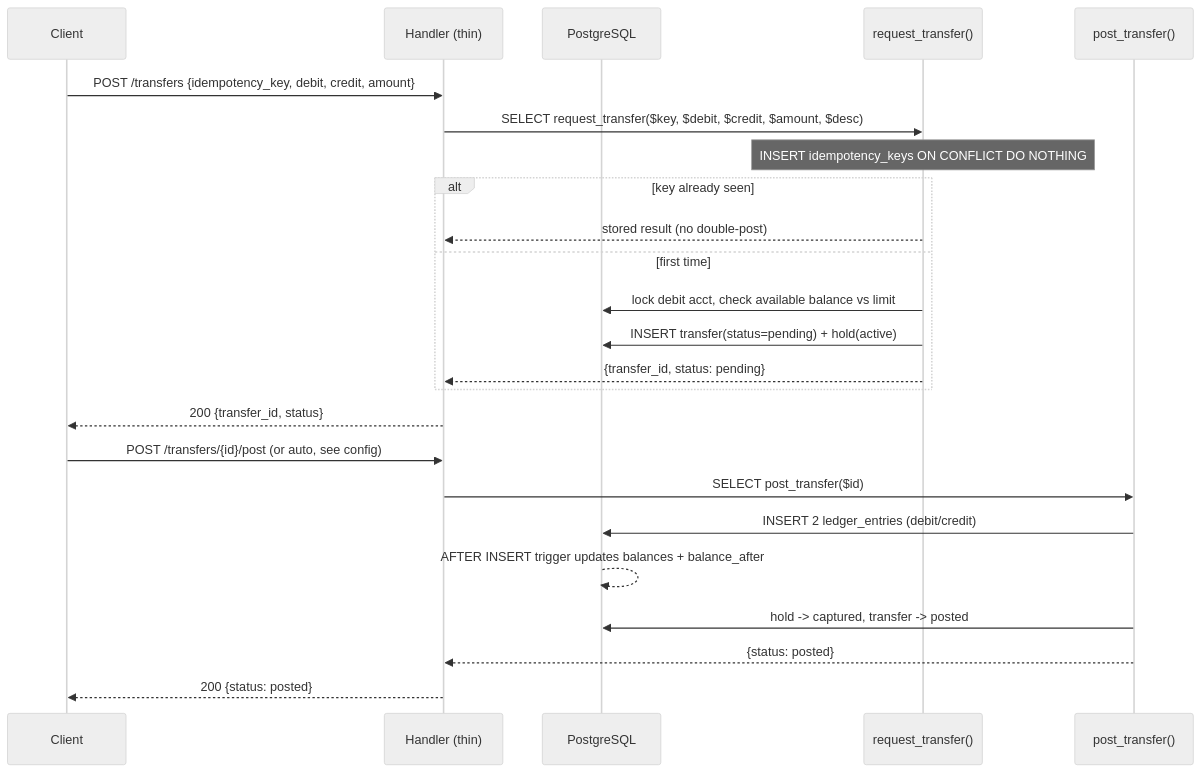
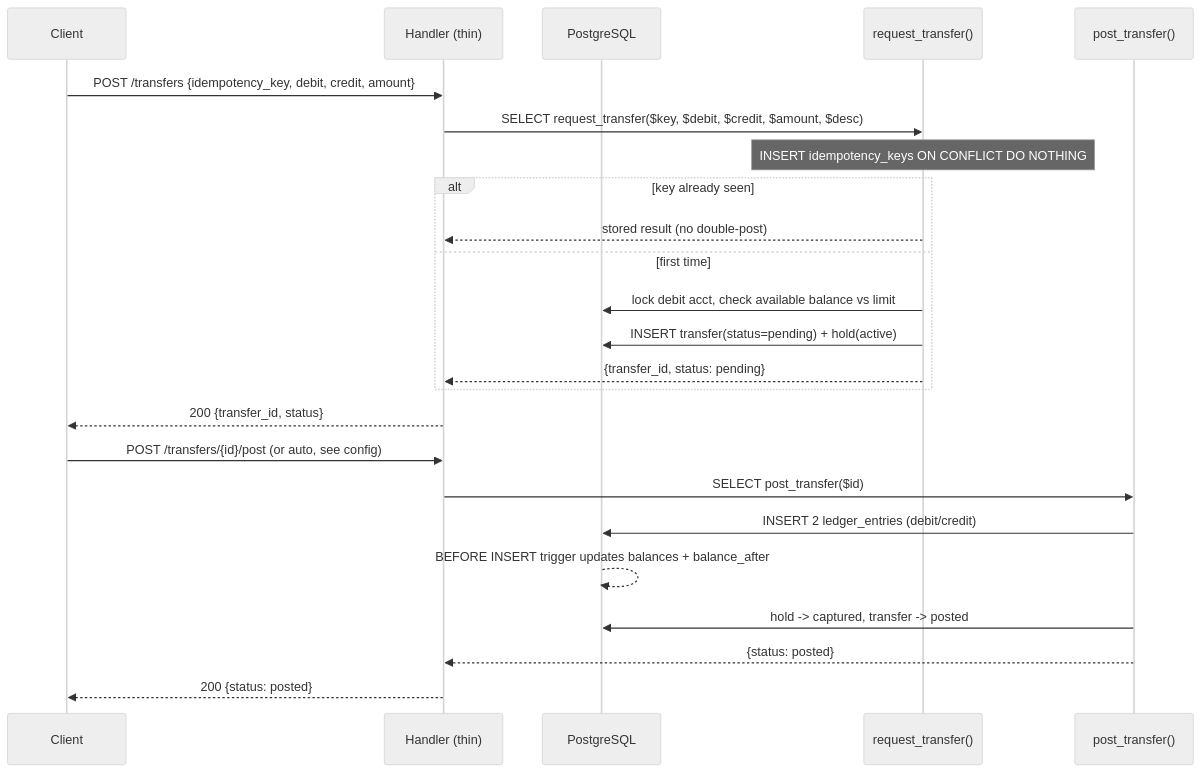
Before and after one commit to minhtt159/bank0: the second of 2 diagrams in docs/01-overview.md, drawn with Mermaid (neutral theme). The commit also changed other lines of this file and 9 other files, not shown here.

````diff
--- a/docs/01-overview.md
+++ b/docs/01-overview.md
@@ -123,28 +123,28 @@
 ```mermaid
 sequenceDiagram
     participant C as Client
     participant H as Handler (thin)
     participant DB as PostgreSQL
     participant FN as request_transfer()
     participant TR as post_transfer()
 
     C->>H: POST /transfers  {idempotency_key, debit, credit, amount}
     H->>FN: SELECT request_transfer($key, $debit, $credit, $amount, $desc)
     Note over FN: INSERT idempotency_keys ON CONFLICT DO NOTHING
     alt key already seen
         FN-->>H: stored result (no double-post)
     else first time
         FN->>DB: lock debit acct, check available balance vs limit
         FN->>DB: INSERT transfer(status=pending) + hold(active)
         FN-->>H: {transfer_id, status: pending}
     end
     H-->>C: 200 {transfer_id, status}
 
     C->>H: POST /transfers/{id}/post  (or auto, see config)
     H->>TR: SELECT post_transfer($id)
     TR->>DB: INSERT 2 ledger_entries (debit/credit)
-    DB-->>DB: AFTER INSERT trigger updates balances + balance_after
+    DB-->>DB: BEFORE INSERT trigger updates balances + balance_after
     TR->>DB: hold -> captured, transfer -> posted
     TR-->>H: {status: posted}
     H-->>C: 200 {status: posted}
 ```
````
